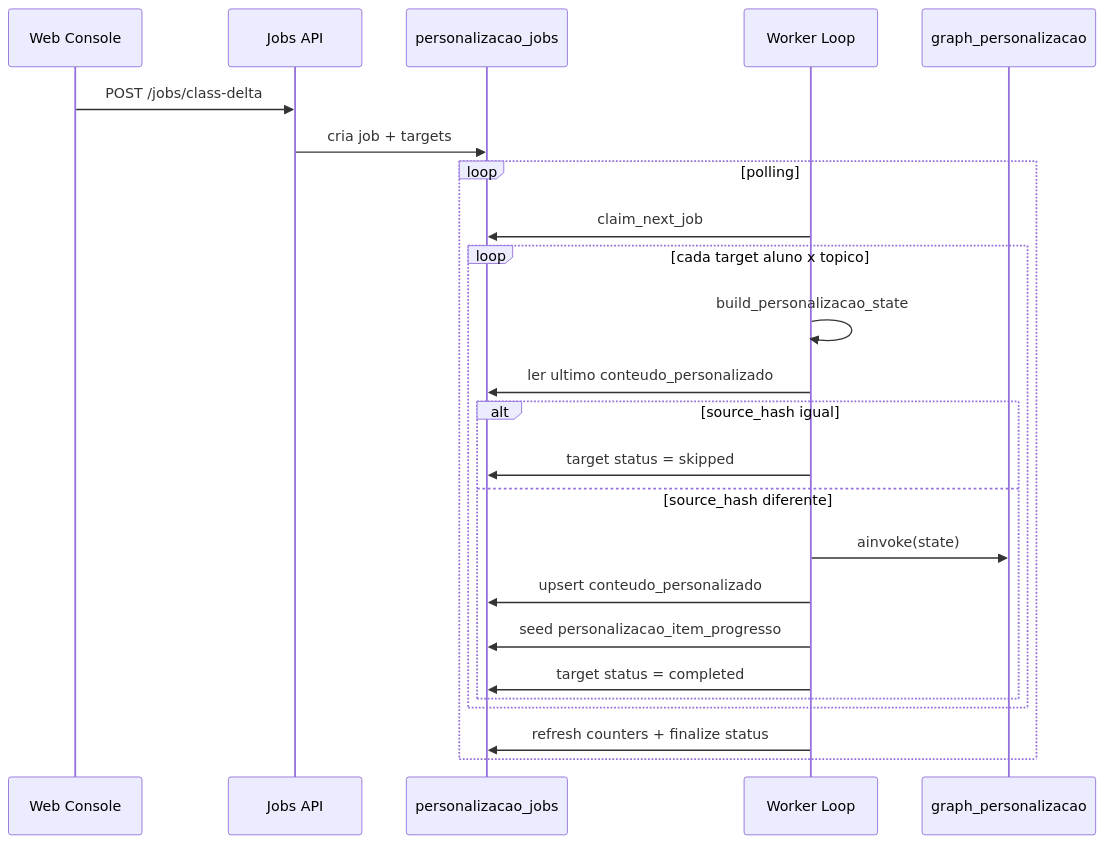
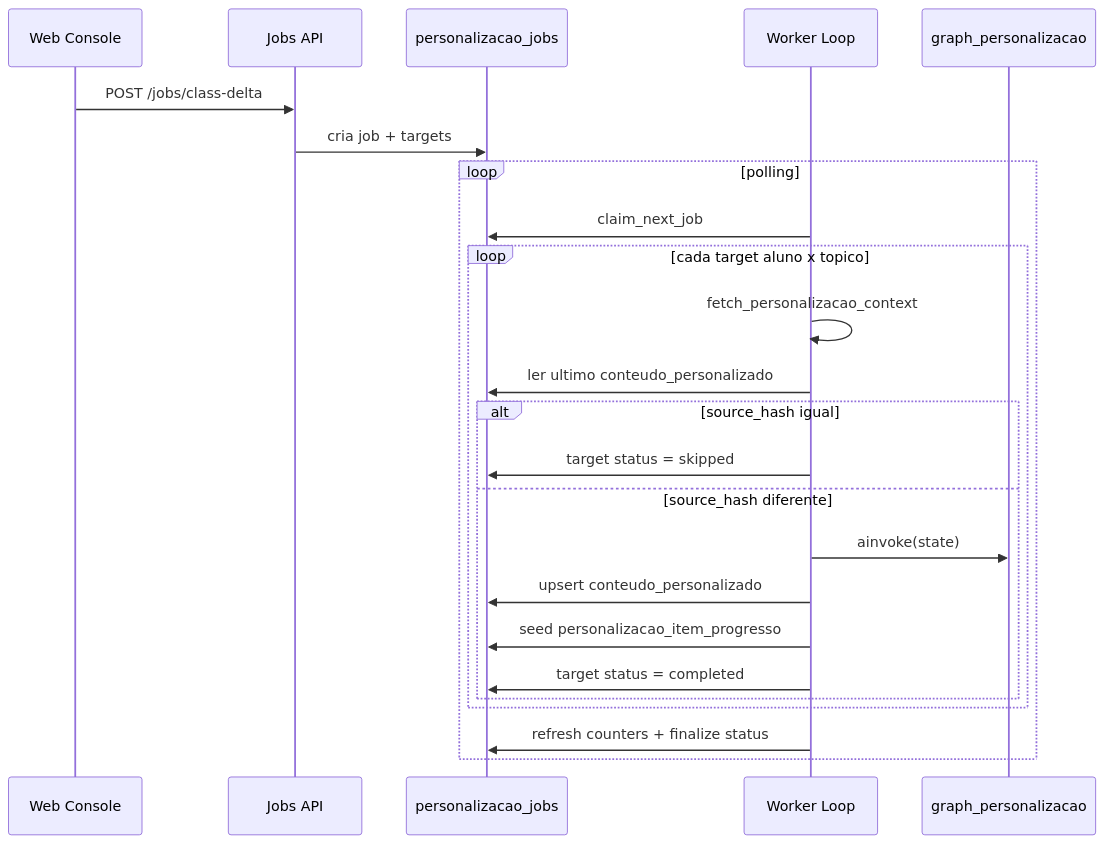
Diagram 11 of 14 in docs/frontend/funcionamento-api-arquitetura-fluxos.md (Geisbelly/TrailUp), drawn with Mermaid before and after one commit. The commit also changed other lines of this file and 2 other files, not shown here.

First line of the commit message:
chore(api): remove build_personalizacao_state, morta desde abril (#291)

````diff
--- a/docs/frontend/funcionamento-api-arquitetura-fluxos.md
+++ b/docs/frontend/funcionamento-api-arquitetura-fluxos.md
@@ -334,27 +334,27 @@
 ```mermaid
 sequenceDiagram
   participant WEB as Web Console
   participant API as Jobs API
   participant DB as personalizacao_jobs
   participant WK as Worker Loop
   participant G as graph_personalizacao
 
   WEB->>API: POST /jobs/class-delta
   API->>DB: cria job + targets
   loop polling
     WK->>DB: claim_next_job
     loop cada target aluno x topico
-      WK->>WK: build_personalizacao_state
+      WK->>WK: fetch_personalizacao_context
       WK->>DB: ler ultimo conteudo_personalizado
       alt source_hash igual
         WK->>DB: target status = skipped
       else source_hash diferente
         WK->>G: ainvoke(state)
         WK->>DB: upsert conteudo_personalizado
         WK->>DB: seed personalizacao_item_progresso
         WK->>DB: target status = completed
       end
     end
     WK->>DB: refresh counters + finalize status
   end
 ```
````
